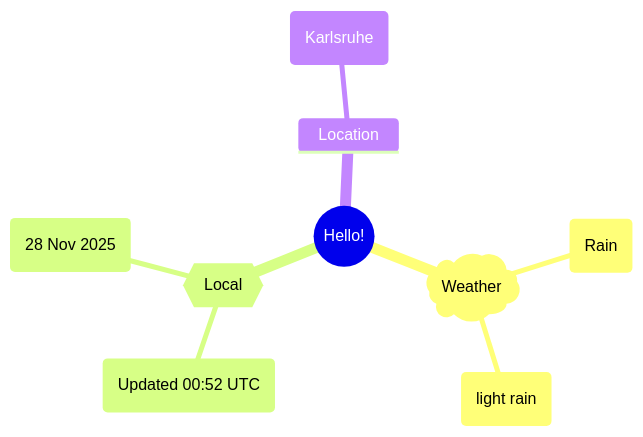
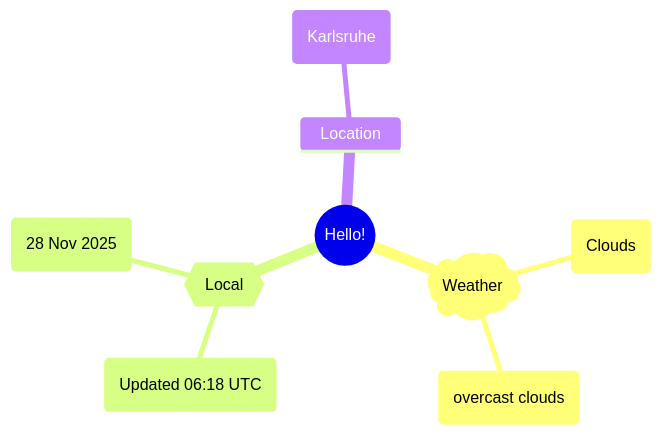
The first of 2 diagrams in README.md (Xosrov/Xosrov), drawn with Mermaid before and after one commit.

Commit message:
[bot] updated images

````diff
--- a/README.md
+++ b/README.md
@@ -3,12 +3,12 @@
 ```mermaid
 mindmap
   root((Hello!))
     )Weather(
-        (Rain)
-        (light rain)
+        (Clouds)
+        (overcast clouds)
     {{Local}}
-        (Updated 00:52 UTC)
+        (Updated 06:18 UTC)
         (28 Nov 2025)
     Location
         (Karlsruhe)
 ```
````
